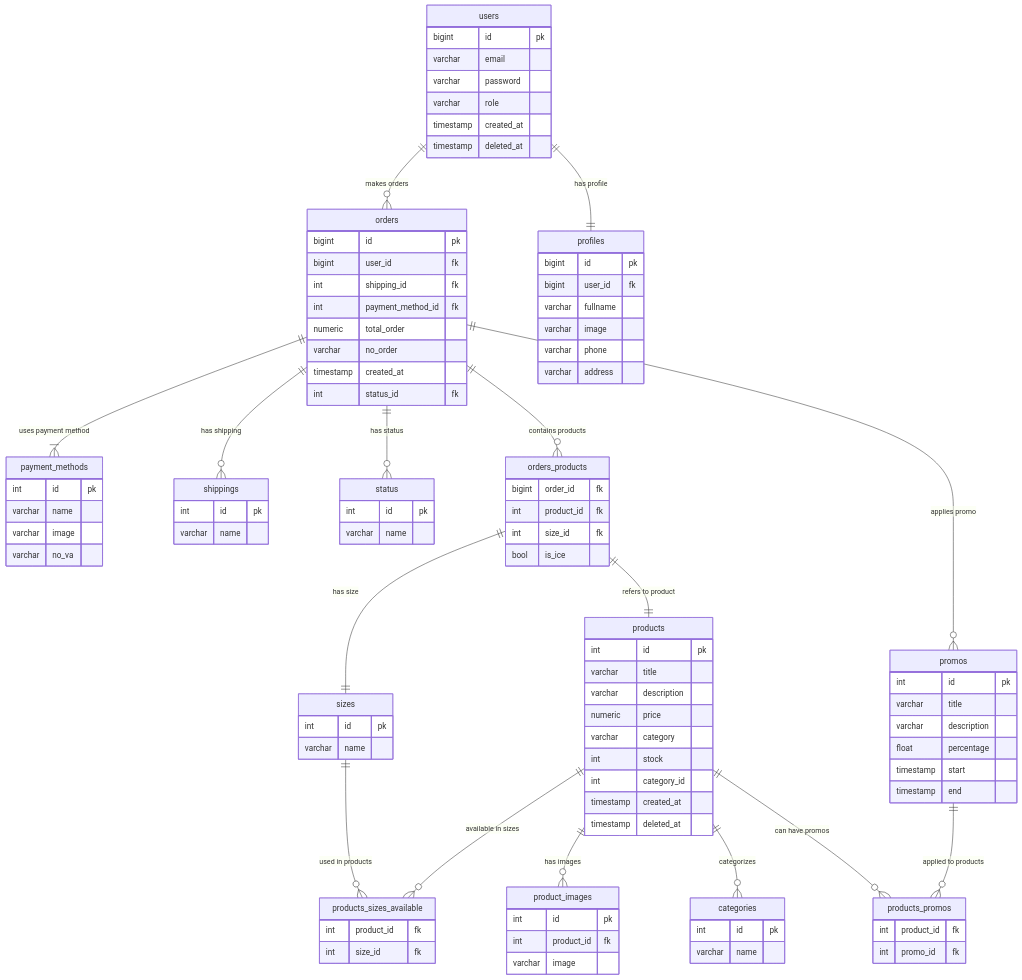
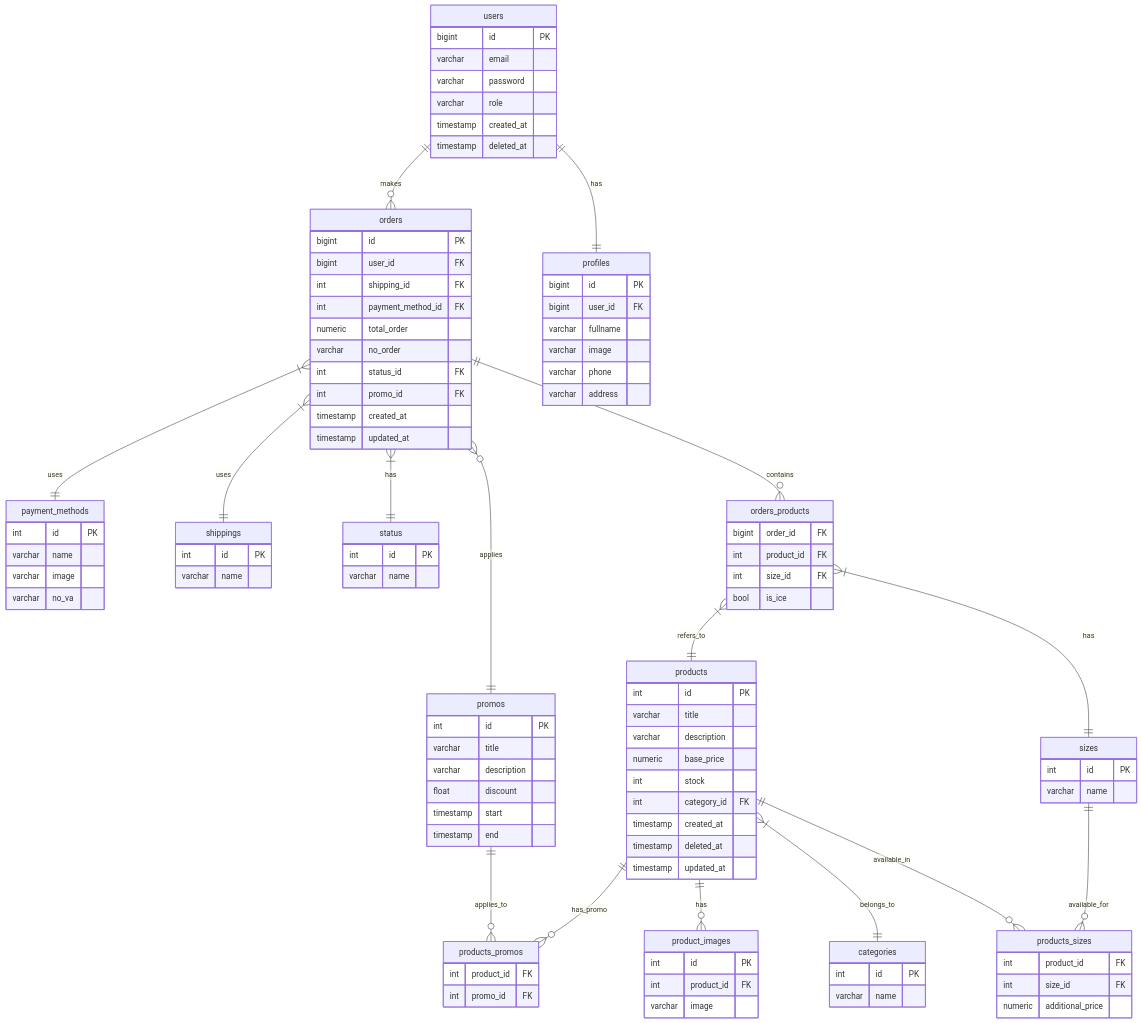
One commit to siddiq24/koda-b4-db-weekly changed the diagram in README.md. Above: the diagram before and after it, drawn with Mermaid.

Commit message:
refactor: change colomn name

````diff
--- a/README.md
+++ b/README.md
@@ -3,7 +3,7 @@
 ```mermaid
-erDiagram 
+erDiagram
     users {
-        bigint id pk
+        bigint id PK
         varchar email 
         varchar password
         varchar role
@@ -11,58 +11,62 @@
         timestamp deleted_at
     }
 
-    payment_methods { 
-        int id pk
+    payment_methods {
+        int     id      PK
         varchar name
         varchar image
         varchar no_va
     }
 
     products {
-        int id pk
+        int id PK
         varchar title
         varchar description
-        numeric price
-        varchar category 
+        numeric base_price
         int stock
-        int category_id
+        int category_id FK
         timestamp created_at
         timestamp deleted_at
+        timestamp updated_at
     }
 
     shippings {
-        int id pk
+        int id PK
         varchar name
     }
 
-    categories{
-        int id pk
+    categories {
+        int id PK
         varchar name
     }
 
-    products_sizes_available {
-        int product_id fk
-        int size_id fk
+    products_sizes {
+        int product_id FK
+        int size_id FK
+        numeric additional_price
     }
 
     sizes {
-        int id pk
+        int id PK
         varchar name
     }
+
     orders {
-        bigint id pk
-        bigint user_id fk
-        int shipping_id fk
-        int payment_method_id fk
+        bigint id PK
+        bigint user_id FK
+        int shipping_id FK
+        int payment_method_id FK
         numeric total_order
         varchar no_order
+        int status_id FK
+        int promo_id FK
         timestamp created_at
-        int status_id fk
+        timestamp updated_at
     }
 
     profiles {
-        bigint id pk
-        bigint user_id fk
+        bigint id PK
+        bigint user_id FK
         varchar fullname
         varchar image
         varchar phone
@@ -70,60 +74,55 @@
     }
 
     status {
-        int id pk
+        int id PK
         varchar name
     }
 
     product_images {
-        int id pk
-        int product_id fk
+        int id PK
+        int product_id FK
         varchar image
     }
 
-
     orders_products {
-        bigint order_id fk
-        int product_id fk
-        int size_id fk
+        bigint order_id FK
+        int product_id FK
+        int size_id FK
         bool is_ice
     }
 
     products_promos {
-        int product_id fk
-        int promo_id fk
+        int product_id FK
+        int promo_id FK
     }
 
-
     promos {
-        int id pk
+        int id PK
         varchar title
         varchar description
-        float percentage
+        float discount
         timestamp start
-        timestamp end 
+        timestamp end
     }
 
-
-    users ||--|| profiles : "has profile"
-    users ||--o{ orders : "makes orders"
-
-    orders ||--|{ payment_methods : "uses payment method"
-    orders ||--o{ orders_products : "contains products"
-    orders ||--o{ shippings : "has shipping"
-    orders ||--o{ status : "has status"
-    orders ||--o{ promos : "applies promo"
-
-    orders_products ||--|| sizes : "has size"
-    orders_products ||--|| products : "refers to product"
-
-
-    promos ||--o{ products_promos : "applied to products"
-    products ||--o{ products_sizes_available : "available in sizes"
-    products ||--o{ product_images : "has images"
-    products ||--o{ products_promos : "can have promos"
-    products ||--o{ categories : "categorizes"
-
-    sizes ||--o{ products_sizes_available : "used in products"
-
-
+    users ||--|| profiles : "has"
+    users ||--o{ orders : "makes"
+    
+    orders }|--|| payment_methods : "uses"
+    orders }|--|| shippings : "uses"           
+    orders ||--o{ orders_products : "contains"
+    orders }|--|| status : "has"
+    
+    orders_products }|--|| products : "refers_to"
+    
+    promos ||--o{ products_promos : "applies_to"
+    products ||--o{ products_promos : "has_promo"
+    products ||--o{ product_images : "has"
+    products }|--|| categories : "belongs_to"
+    
+    products ||--o{ products_sizes : "available_in"
+    sizes ||--o{ products_sizes : "available_for"
+    orders_products }|--|| sizes : "has"
+    
+    orders }o--|| promos : "applies"
 ```
````
